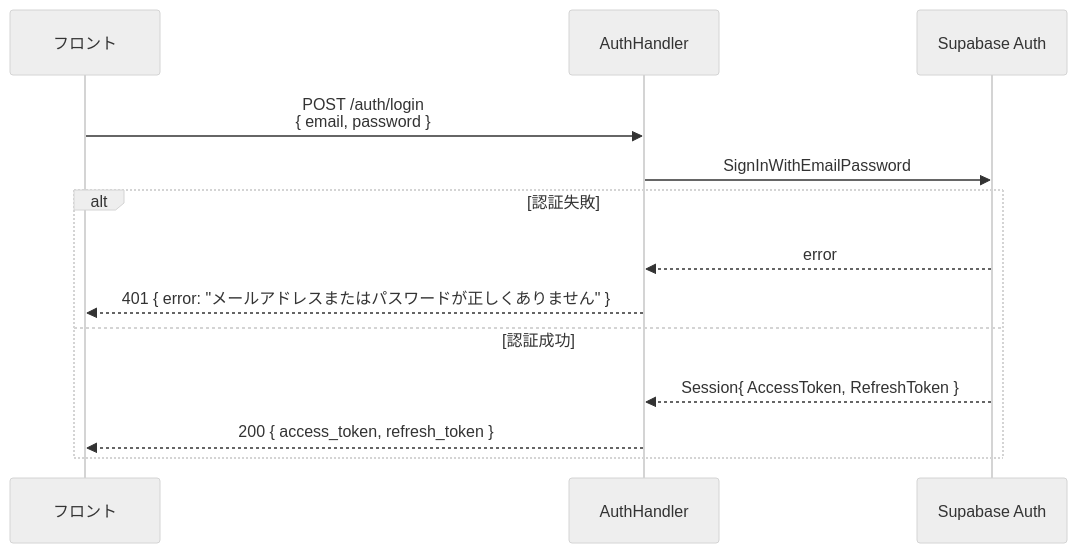
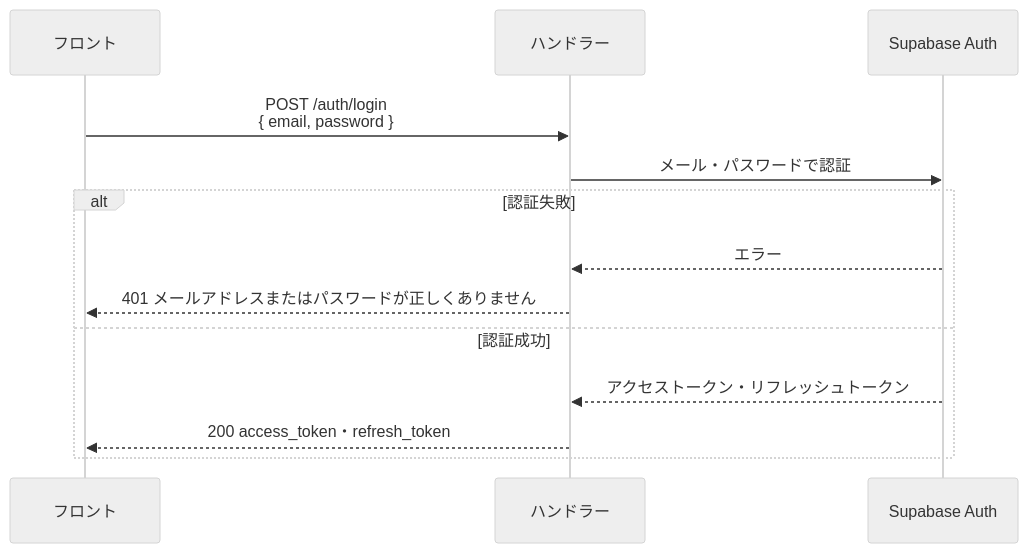
Before and after one commit to y08416/sukima-trip-backend: the sixth of 6 diagrams in docs/sequence.md, drawn with Mermaid (neutral theme). The commit also changed other lines of this file, not shown here.

Commit message:
docs: シーケンス図を日本語表記に統一して見やすくする

````diff
--- a/docs/sequence.md
+++ b/docs/sequence.md
@@ -123,16 +133,17 @@
 ```mermaid
 sequenceDiagram
-    participant F as フロント
-    participant H as AuthHandler
-    participant Supa as Supabase Auth
+    participant フロント
+    participant ハンドラー
+    participant SupabaseAuth as Supabase Auth
 
-    F->>H: POST /auth/login<br/>{ email, password }
-    H->>Supa: SignInWithEmailPassword
+    フロント->>ハンドラー: POST /auth/login<br/>{ email, password }
+    ハンドラー->>SupabaseAuth: メール・パスワードで認証
+
     alt 認証失敗
-        Supa-->>H: error
-        H-->>F: 401 { error: "メールアドレスまたはパスワードが正しくありません" }
+        SupabaseAuth-->>ハンドラー: エラー
+        ハンドラー-->>フロント: 401 メールアドレスまたはパスワードが正しくありません
     else 認証成功
-        Supa-->>H: Session{ AccessToken, RefreshToken }
-        H-->>F: 200 { access_token, refresh_token }
+        SupabaseAuth-->>ハンドラー: アクセストークン・リフレッシュトークン
+        ハンドラー-->>フロント: 200 access_token・refresh_token
     end
 ```
````
